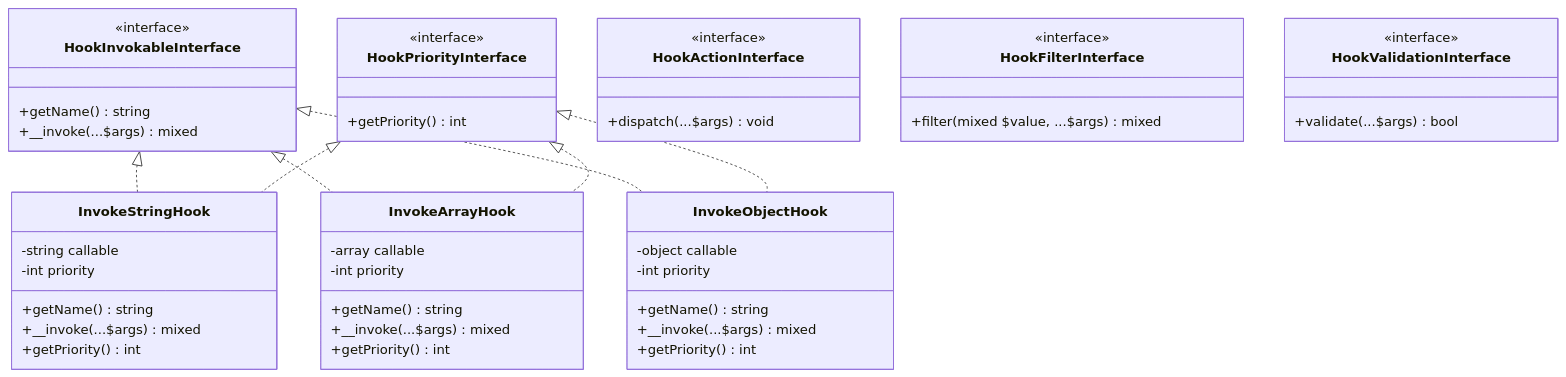
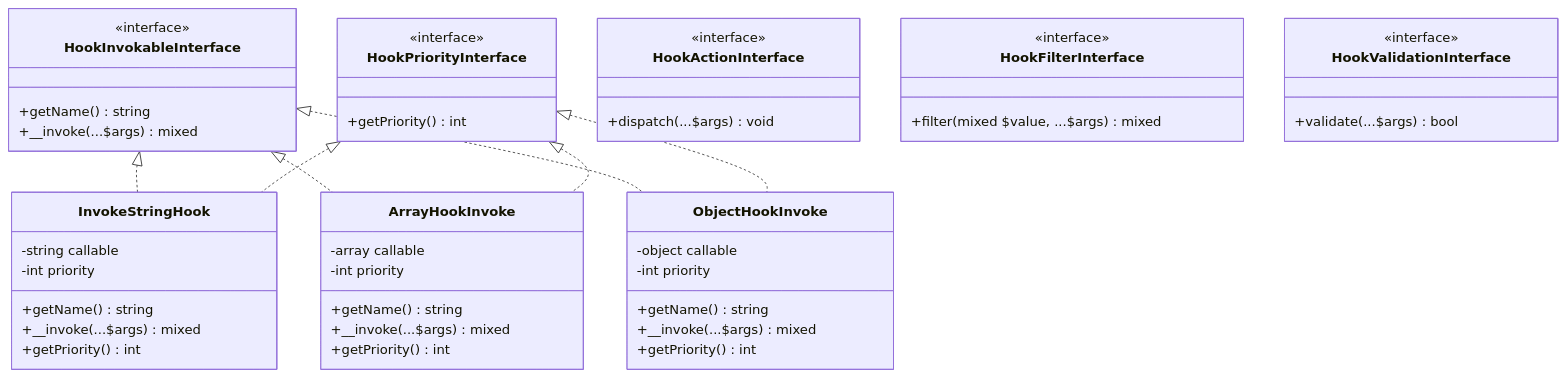
The second of 7 diagrams in docs/architecture.md (SpeedySpec/speedyspec-wp-hook-domain), drawn with Mermaid before and after one commit. The commit also changed other lines of this file and 11 other files, not shown here.

Commit message:
feat: rename `Invoke*Hook` to better format `*HookInvoke` and to better match the interface

````diff
--- a/docs/architecture.md
+++ b/docs/architecture.md
@@ -108,59 +108,59 @@
 ```mermaid
 classDiagram
     class HookInvokableInterface {
         <<interface>>
         +getName() string
         +__invoke(...$args) mixed
     }
 
     class HookPriorityInterface {
         <<interface>>
         +getPriority() int
     }
 
     class HookActionInterface {
         <<interface>>
         +dispatch(...$args) void
     }
 
     class HookFilterInterface {
         <<interface>>
         +filter(mixed $value, ...$args) mixed
     }
 
     class HookValidationInterface {
         <<interface>>
         +validate(...$args) bool
     }
 
     class InvokeStringHook {
         -string callable
         -int priority
         +getName() string
         +__invoke(...$args) mixed
         +getPriority() int
     }
 
-    class InvokeArrayHook {
+    class ArrayHookInvoke {
         -array callable
         -int priority
         +getName() string
         +__invoke(...$args) mixed
         +getPriority() int
     }
 
-    class InvokeObjectHook {
+    class ObjectHookInvoke {
         -object callable
         -int priority
         +getName() string
         +__invoke(...$args) mixed
         +getPriority() int
     }
 
     HookInvokableInterface <|.. InvokeStringHook
-    HookInvokableInterface <|.. InvokeArrayHook
-    HookInvokableInterface <|.. InvokeObjectHook
+    HookInvokableInterface <|.. ArrayHookInvoke
+    HookInvokableInterface <|.. ObjectHookInvoke
     HookPriorityInterface <|.. InvokeStringHook
-    HookPriorityInterface <|.. InvokeArrayHook
-    HookPriorityInterface <|.. InvokeObjectHook
+    HookPriorityInterface <|.. ArrayHookInvoke
+    HookPriorityInterface <|.. ObjectHookInvoke
 ```
````
